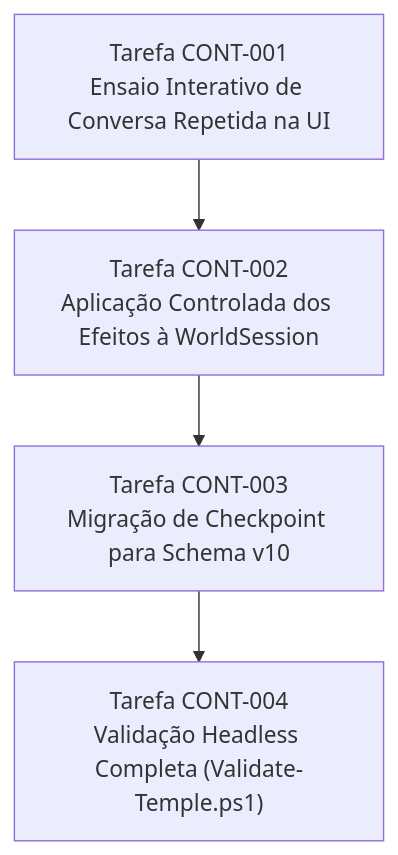
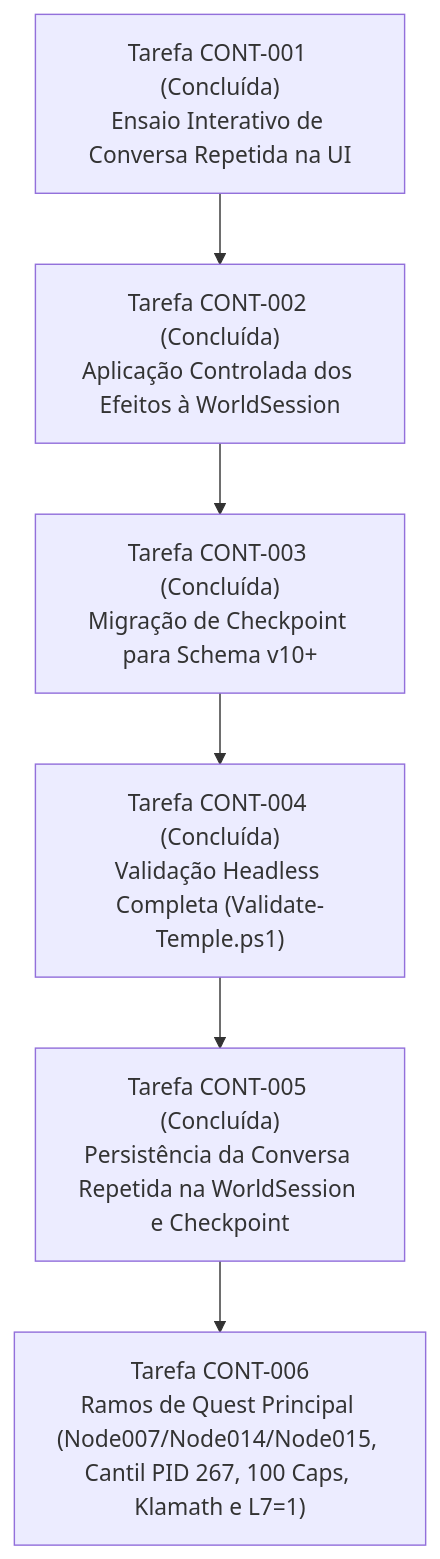
Before and after one commit to VitorManuel01/FalloutRemake: the first of 2 diagrams in docs/roadmap/gameplay-combat-roadmap.md, drawn with Mermaid. The commit also changed other lines of this file and 11 other files, not shown here.

Commit message:
[INTEGRATION] Implementa CONT-005 (Persistencia da Conversa Repetida da Ancia na WorldSession e Checkpoint) e atualiza PROJECT_STATUS/Roadmap

````diff
--- a/docs/roadmap/gameplay-combat-roadmap.md
+++ b/docs/roadmap/gameplay-combat-roadmap.md
@@ -92,6 +77,8 @@
 ```mermaid
 flowchart TD
-    A["Tarefa CONT-001\nEnsaio Interativo de Conversa Repetida na UI"] --> B["Tarefa CONT-002\nAplicação Controlada dos Efeitos à WorldSession"]
-    B --> C["Tarefa CONT-003\nMigração de Checkpoint para Schema v10"]
-    C --> D["Tarefa CONT-004\nValidação Headless Completa (Validate-Temple.ps1)"]
+    A["Tarefa CONT-001 (Concluída)\nEnsaio Interativo de Conversa Repetida na UI"] --> B["Tarefa CONT-002 (Concluída)\nAplicação Controlada dos Efeitos à WorldSession"]
+    B --> C["Tarefa CONT-003 (Concluída)\nMigração de Checkpoint para Schema v10+"]
+    C --> D["Tarefa CONT-004 (Concluída)\nValidação Headless Completa (Validate-Temple.ps1)"]
+    D --> E["Tarefa CONT-005 (Concluída)\nPersistência da Conversa Repetida na WorldSession e Checkpoint"]
+    E --> F["Tarefa CONT-006\nRamos de Quest Principal (Node007/Node014/Node015, Cantil PID 267, 100 Caps, Klamath e L7=1)"]
 ```
````
